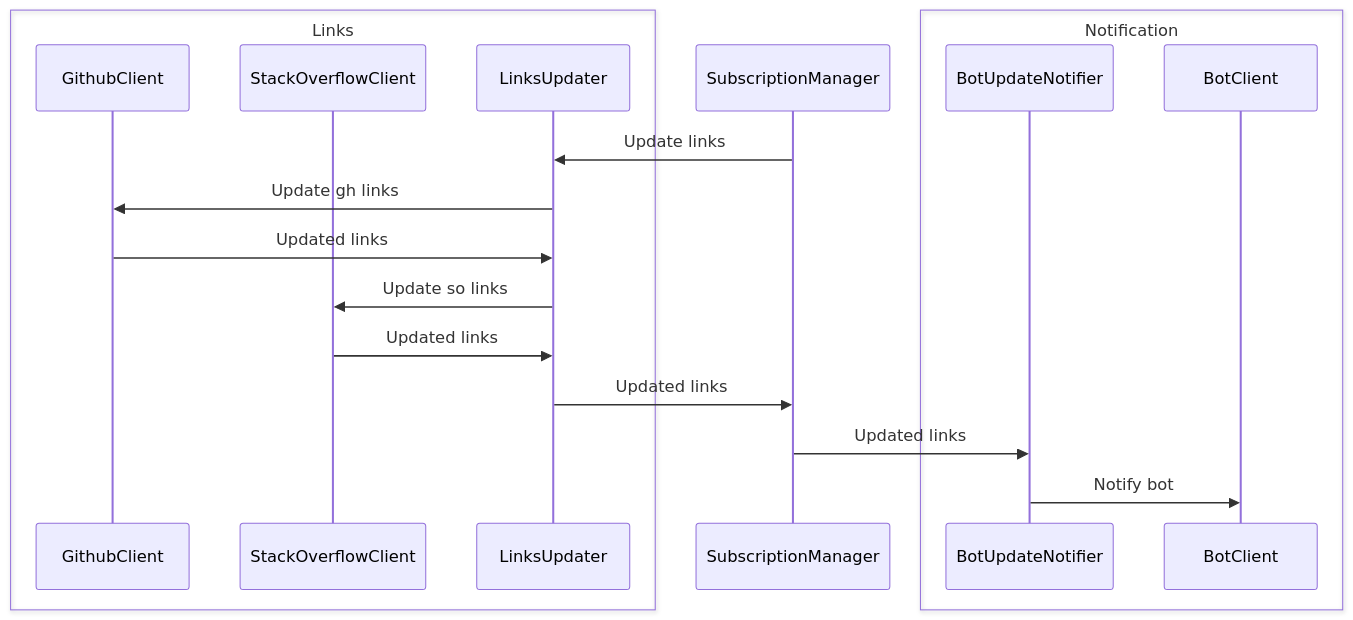
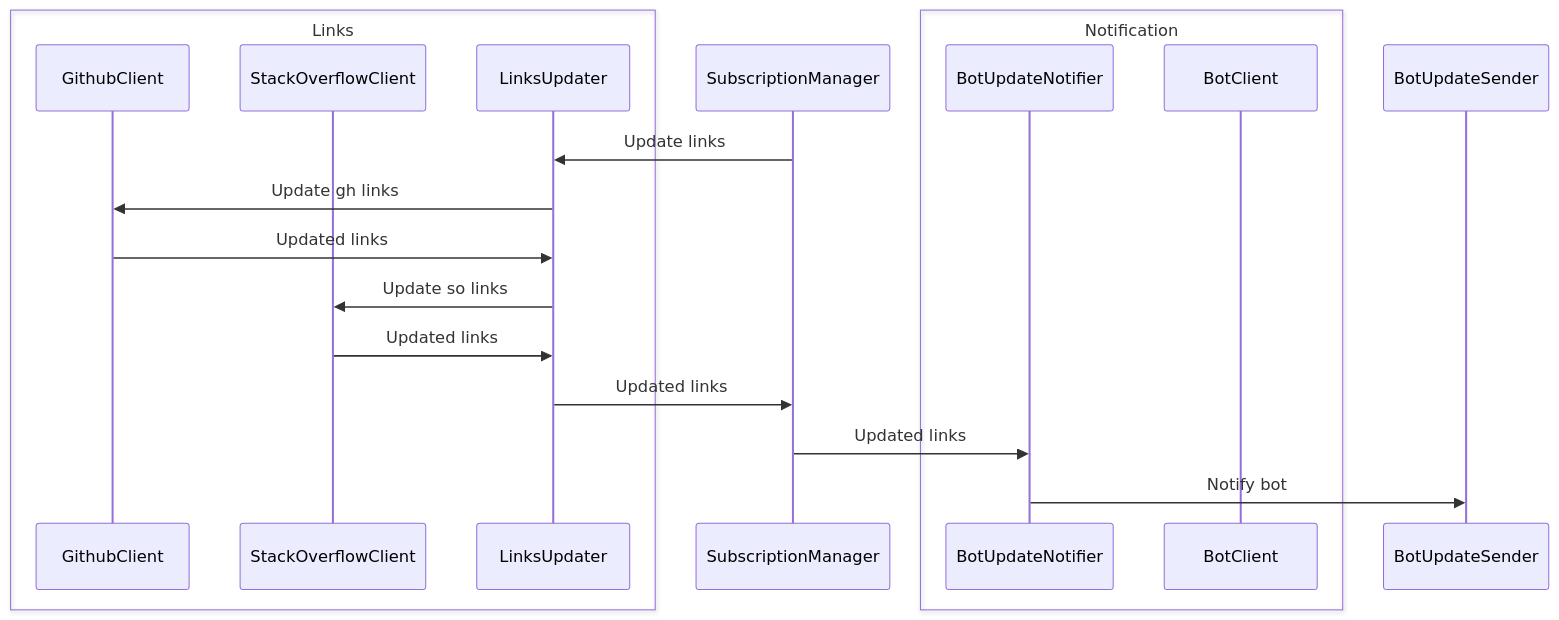
The diagram in scrapper/docs/ARCHITECTURE.md (easylaneof/argus), drawn with Mermaid before and after one commit. The commit also changed 5 other files, not shown here.

First line of the commit message:
refactor(scrapper): rename BotClient -> HttpBotUpdateSender

````diff
--- a/scrapper/docs/ARCHITECTURE.md
+++ b/scrapper/docs/ARCHITECTURE.md
@@ -3,34 +3,34 @@
 ```mermaid
 
 sequenceDiagram
 
     box Links
     participant GithubClient
 
     participant StackOverflowClient
 
     participant LinksUpdater
     end
 
     participant SubscriptionManager
 
     box Notification
     participant BotUpdateNotifier
     
     participant BotClient
     end
 
     SubscriptionManager ->> LinksUpdater: Update links
 
     LinksUpdater ->> GithubClient: Update gh links
     GithubClient ->> LinksUpdater: Updated links
 
     LinksUpdater ->> StackOverflowClient: Update so links
     StackOverflowClient ->> LinksUpdater: Updated links
 
     LinksUpdater ->> SubscriptionManager: Updated links
     
     SubscriptionManager ->> BotUpdateNotifier: Updated links
     
-    BotUpdateNotifier ->> BotClient: Notify bot
+    BotUpdateNotifier ->> BotUpdateSender: Notify bot
 ```
````
